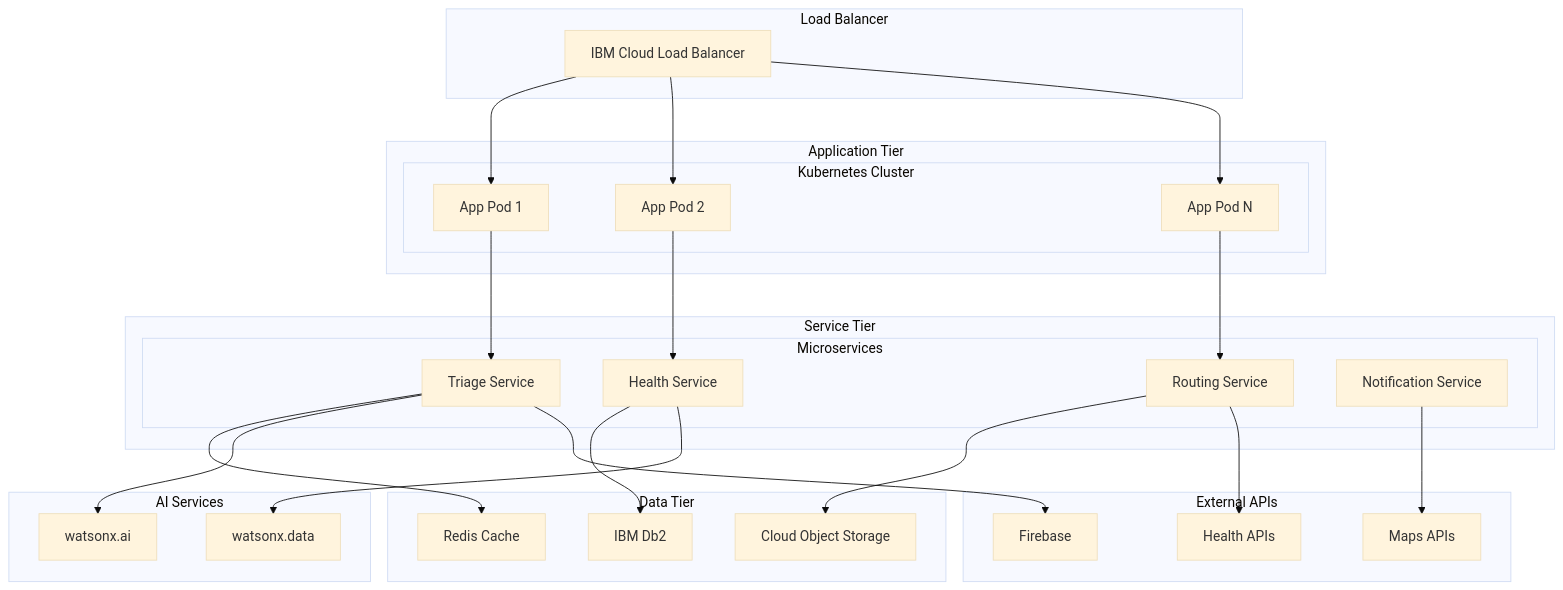
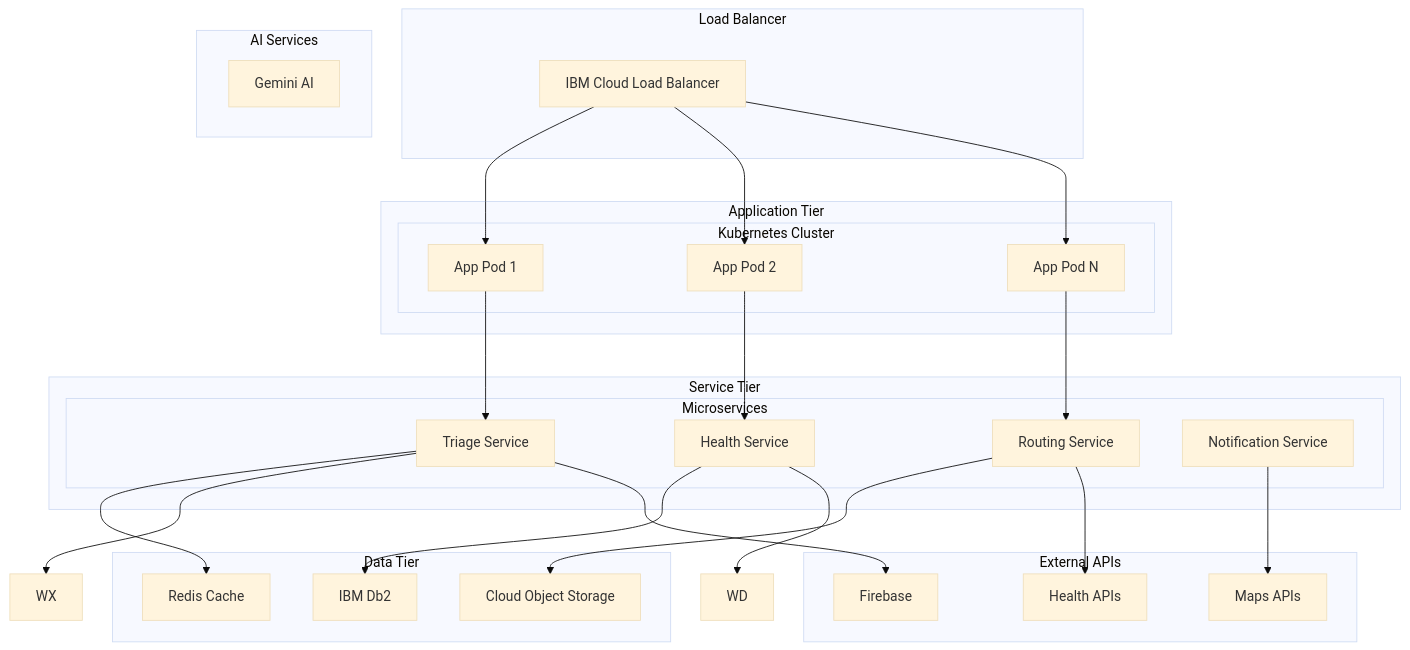
Before and after one commit to SA-Msweli/triage_bios_ai: the diagram in docs/DEPLOYMENT.md, drawn with Mermaid (base theme). The commit also changed other lines of this file and 129 other files, not shown here.

````diff
--- a/docs/DEPLOYMENT.md
+++ b/docs/DEPLOYMENT.md
@@ -9,59 +9,58 @@
 ```mermaid
 graph TB
     subgraph "Load Balancer"
         LB[IBM Cloud Load Balancer]
     end
     
     subgraph "Application Tier"
         subgraph "Kubernetes Cluster"
             APP1[App Pod 1]
             APP2[App Pod 2]
             APP3[App Pod N]
         end
     end
     
     subgraph "Service Tier"
         subgraph "Microservices"
             TS[Triage Service]
             HS[Health Service]
             RS[Routing Service]
             NS[Notification Service]
         end
     end
     
     subgraph "Data Tier"
         REDIS[Redis Cache]
         DB2[IBM Db2]
         COS[Cloud Object Storage]
     end
     
     subgraph "AI Services"
-        WX[watsonx.ai]
-        WD[watsonx.data]
+        GM[Gemini AI]
     end
     
     subgraph "External APIs"
         HEALTH[Health APIs]
         MAPS[Maps APIs]
         FCM[Firebase]
     end
     
     LB --> APP1
     LB --> APP2
     LB --> APP3
     
     APP1 --> TS
     APP2 --> HS
     APP3 --> RS
     
     TS --> REDIS
     HS --> DB2
     RS --> COS
     
     TS --> WX
     HS --> WD
     
     RS --> HEALTH
     NS --> MAPS
     TS --> FCM
 ```
````
